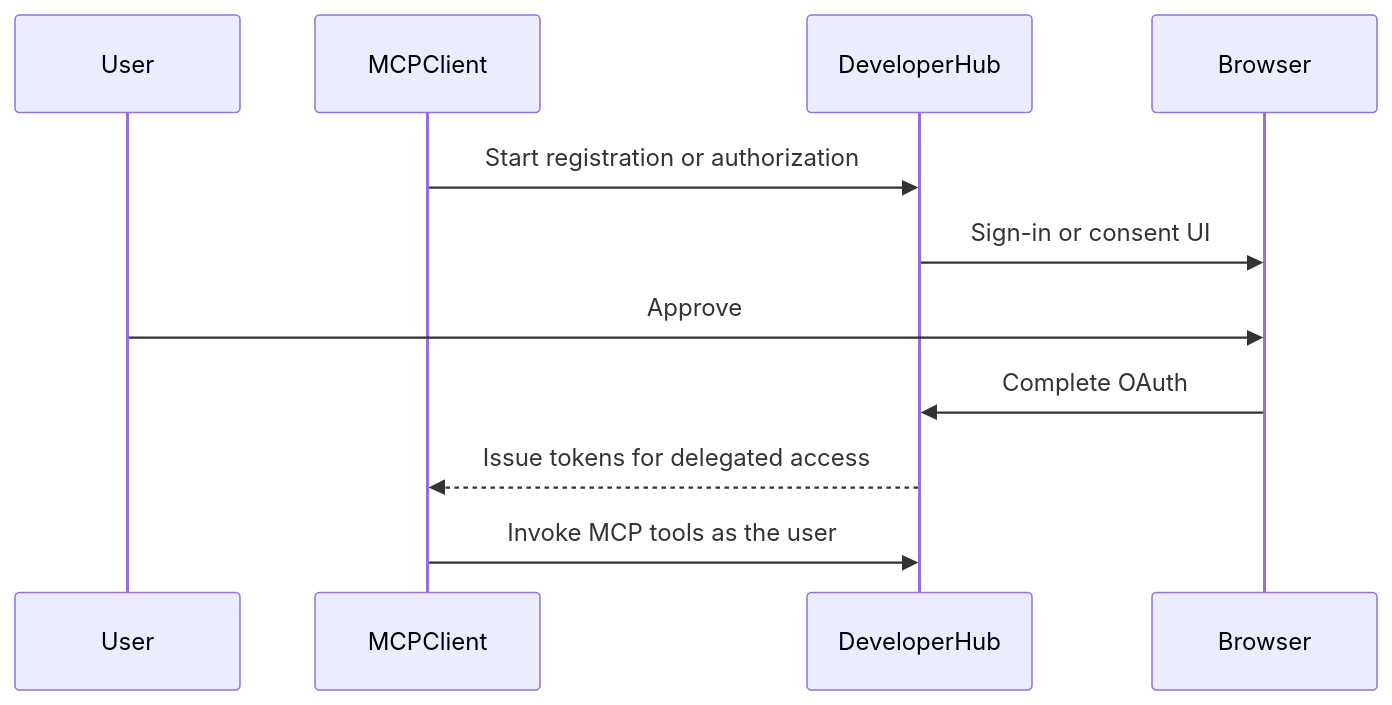
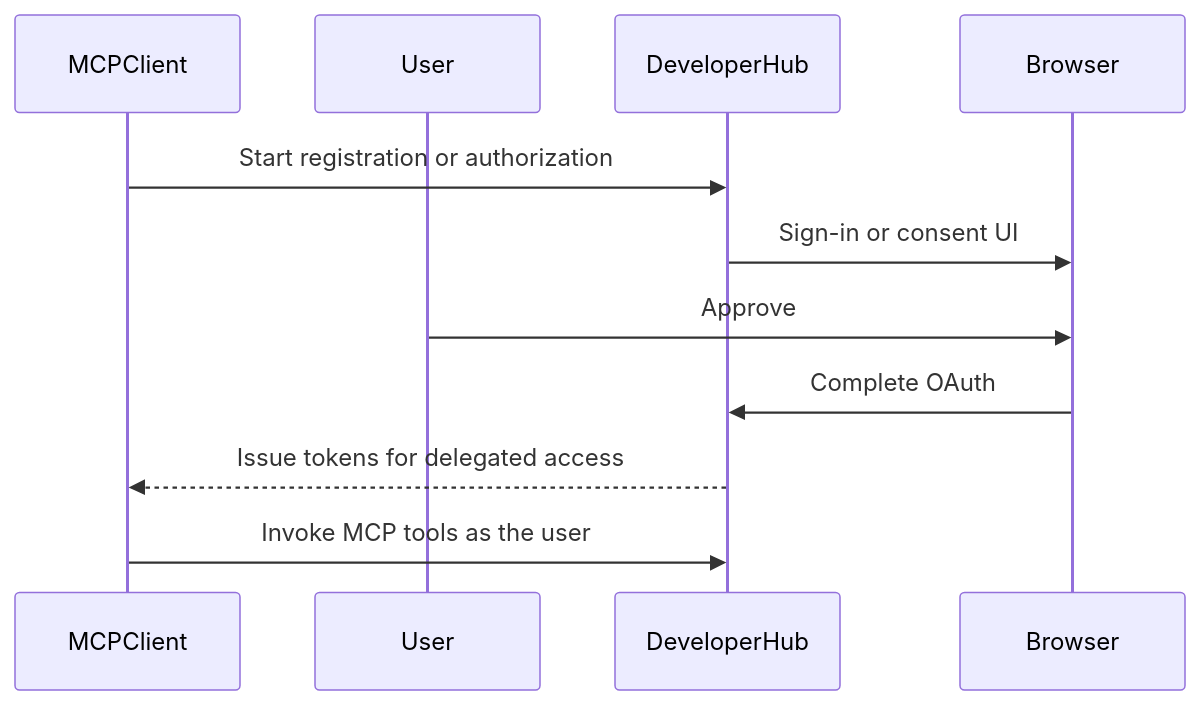
One commit to x2ansible/x2a-convertor changed the diagram in docs/ui/mcp-server.md. Above: the diagram before and after it, drawn with Mermaid. The commit also changed other lines of this file and 1 other file, not shown here.

````diff
--- a/docs/ui/mcp-server.md
+++ b/docs/ui/mcp-server.md
@@ -65,13 +65,13 @@
 ```mermaid
 sequenceDiagram
+  participant McpClient as MCPClient
   participant User
-  participant McpClient as MCPClient
   participant Hub as DeveloperHub
   participant Browser as Browser
   McpClient->>Hub: Start registration or authorization
   Hub->>Browser: Sign-in or consent UI
   User->>Browser: Approve
   Browser->>Hub: Complete OAuth
   Hub-->>McpClient: Issue tokens for delegated access
   McpClient->>Hub: Invoke MCP tools as the user
 ```
````
